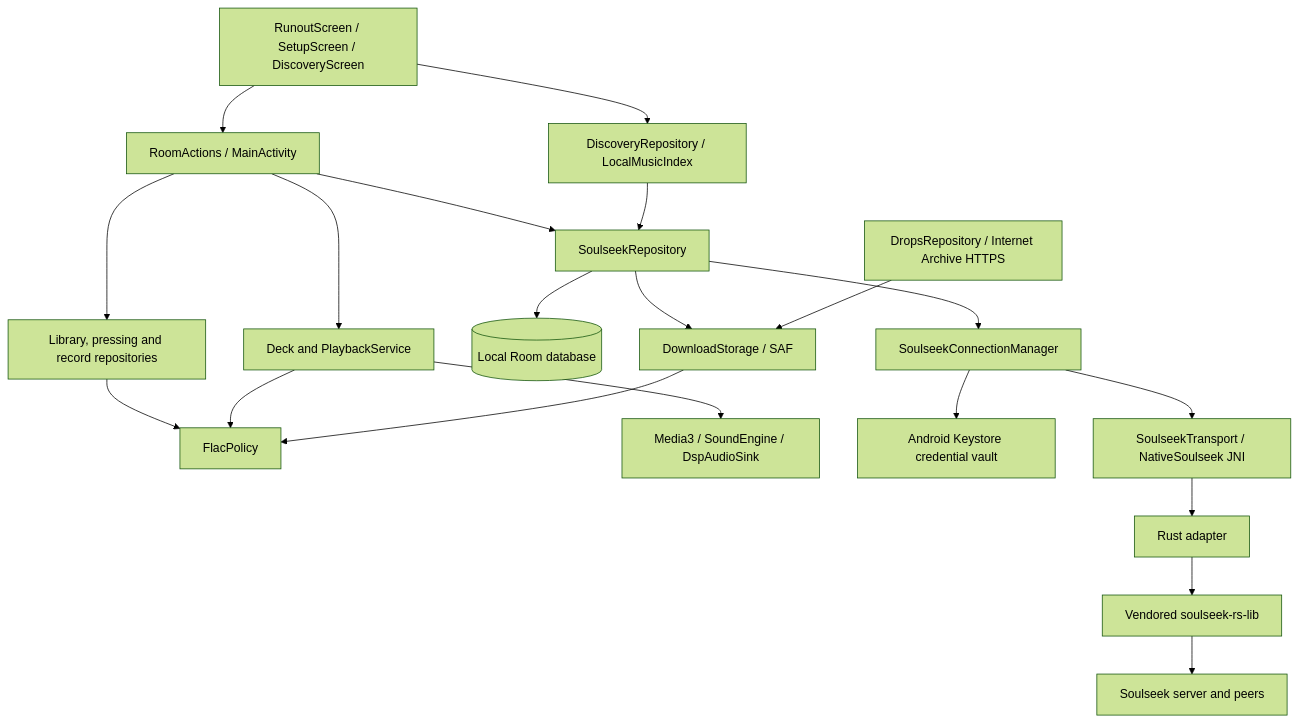
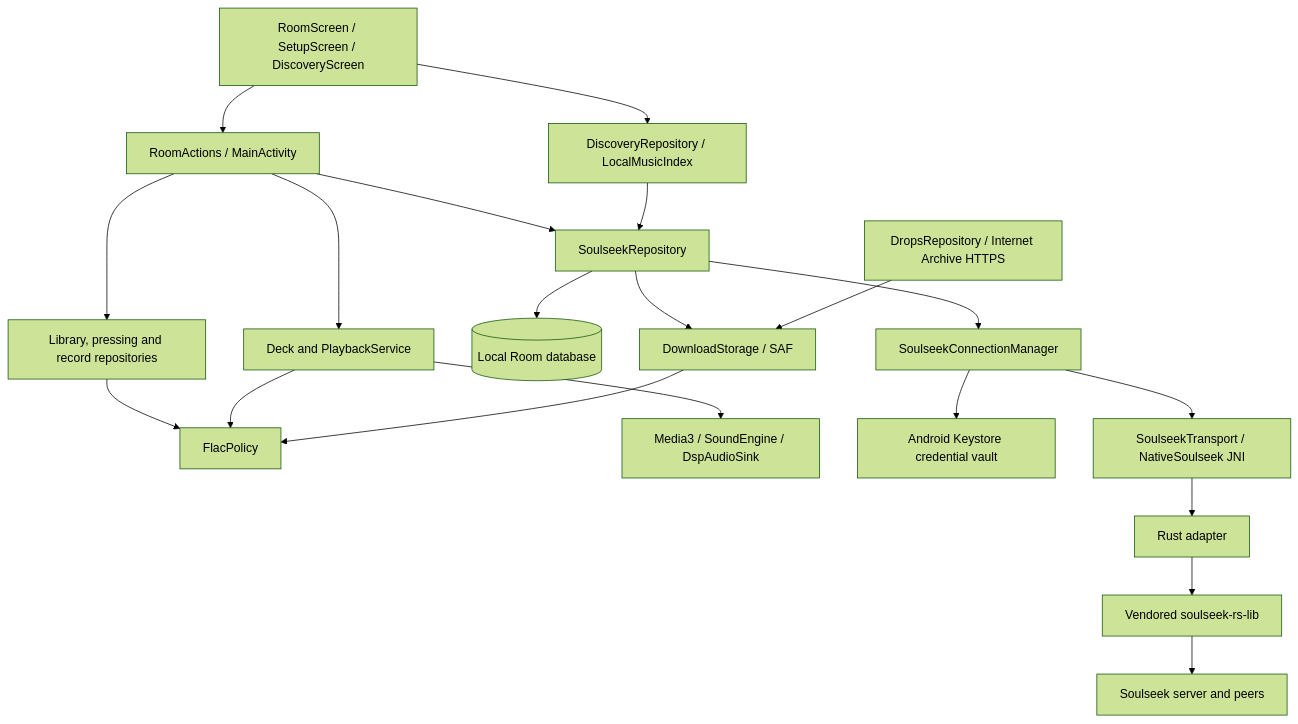
One commit to Abhinandan-Khurana/Sonic changed the diagram in docs/ARCHITECTURE.md. Above: the diagram before and after it, drawn with Mermaid (forest theme). The commit also changed other lines of this file and 79 other files, not shown here.

````diff
--- a/docs/ARCHITECTURE.md
+++ b/docs/ARCHITECTURE.md
@@ -5,22 +5,22 @@
 ```mermaid
 flowchart TD
-    UI[RunoutScreen / SetupScreen / DiscoveryScreen] --> Actions[RoomActions / MainActivity]
+    UI[RoomScreen / SetupScreen / DiscoveryScreen] --> Actions[RoomActions / MainActivity]
     Actions --> Library[Library, pressing and record repositories]
     Actions --> Soulseek[SoulseekRepository]
     Actions --> Deck[Deck and PlaybackService]
     Library --> FLAC[FlacPolicy]
     Deck --> FLAC
     Deck --> Audio[Media3 / SoundEngine / DspAudioSink]
     Soulseek --> DB[(Local Room database)]
     Soulseek --> Connection[SoulseekConnectionManager]
     Connection --> Vault[Android Keystore credential vault]
     UI --> Discovery[DiscoveryRepository / LocalMusicIndex]
     Discovery --> Soulseek
     Soulseek --> Storage[DownloadStorage / SAF]
     Drops[DropsRepository / Internet Archive HTTPS] --> Storage
     Connection --> Transport[SoulseekTransport / NativeSoulseek JNI]
     Transport --> Bridge[Rust adapter]
     Bridge --> Core[Vendored soulseek-rs-lib]
     Core --> Network[Soulseek server and peers]
     Storage --> FLAC
 ```
````
